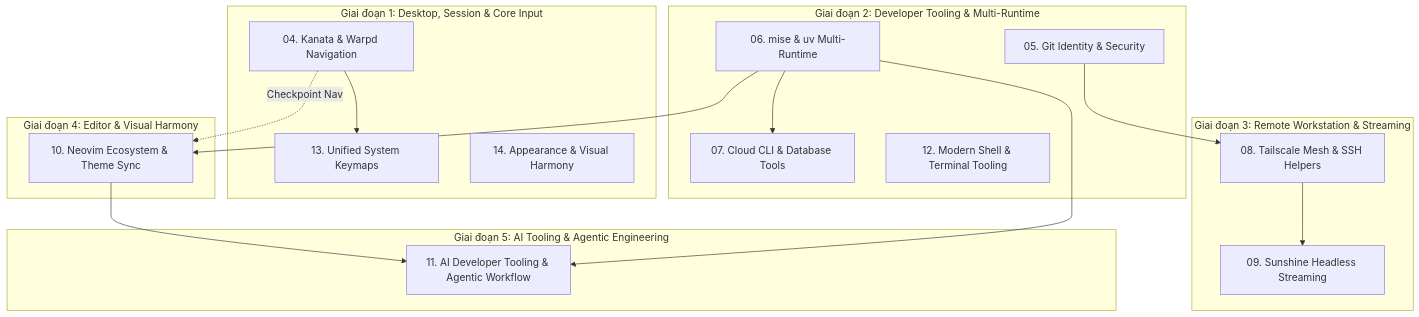
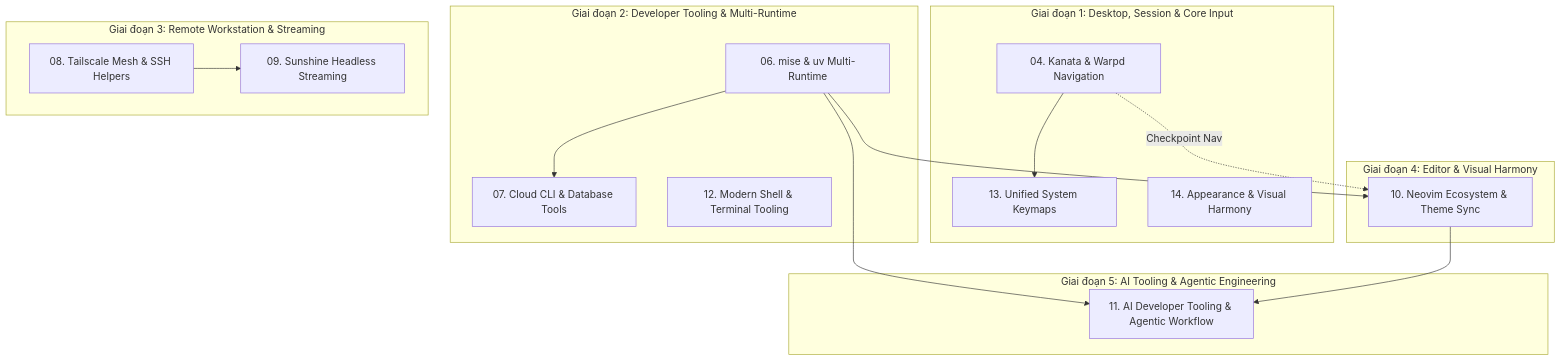
The diagram in plans/README.md (Aethries/dotfiles), drawn with Mermaid before and after one commit. The commit also changed other lines of this file and 11 other files, not shown here.

Commit message:
feat: complete plan 05 git identity ssh signing and security module

````diff
--- a/plans/README.md
+++ b/plans/README.md
@@ -9,30 +9,29 @@
 ```mermaid
 flowchart TD
     subgraph G1["Giai đoạn 1: Desktop, Session & Core Input"]
         P04["04. Kanata & Warpd Navigation"]
         P04 --> P13["13. Unified System Keymaps"]
         P14["14. Appearance & Visual Harmony"]
     end
 
     subgraph G2["Giai đoạn 2: Developer Tooling & Multi-Runtime"]
-        P05["05. Git Identity & Security"]
         P06["06. mise & uv Multi-Runtime"]
         P06 --> P07["07. Cloud CLI & Database Tools"]
         P12["12. Modern Shell & Terminal Tooling"]
     end
 
     subgraph G3["Giai đoạn 3: Remote Workstation & Streaming"]
-        P05 --> P08["08. Tailscale Mesh & SSH Helpers"]
+        P08["08. Tailscale Mesh & SSH Helpers"]
         P08 --> P09["09. Sunshine Headless Streaming"]
     end
 
     subgraph G4["Giai đoạn 4: Editor & Visual Harmony"]
         P06 --> P10["10. Neovim Ecosystem & Theme Sync"]
         P04 -. Checkpoint Nav .-> P10
     end
 
     subgraph G5["Giai đoạn 5: AI Tooling & Agentic Engineering"]
         P06 --> P11["11. AI Developer Tooling & Agentic Workflow"]
         P10 --> P11
     end
 ```
````
